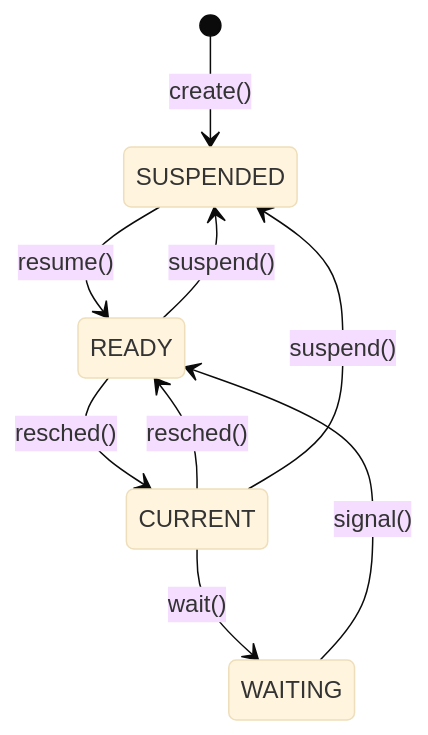
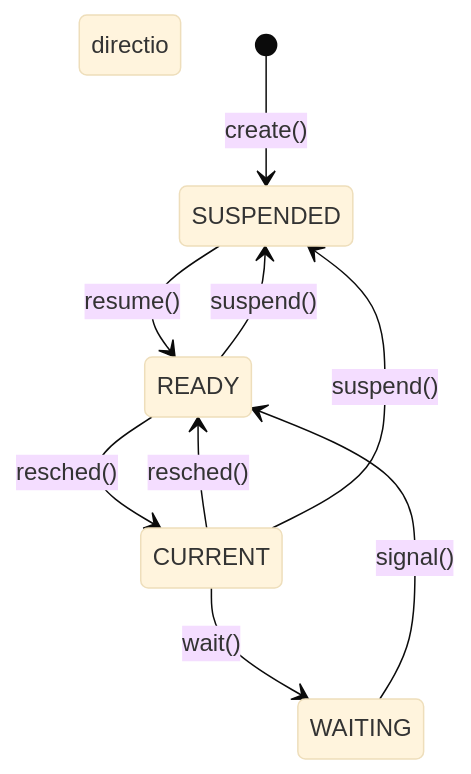
One commit to radioxeth/cis-657-principles-of-operating-systems changed the fourth of 4 diagrams in week4/README.md. Above: the diagram before and after it, drawn with Mermaid (base theme). The commit also changed other lines of this file and 4 other files, not shown here.

````diff
--- a/week4/README.md
+++ b/week4/README.md
@@ -776,11 +776,12 @@
 ```mermaid
 stateDiagram-v2
+	directio
 	[*] --> SUSPENDED: create()
 	SUSPENDED --> READY: resume()
     READY --> CURRENT:resched()
 	WAITING --> READY:signal()
     CURRENT --> READY:resched()
 	READY --> SUSPENDED: suspend()
 	CURRENT --> WAITING:wait()
     CURRENT --> SUSPENDED:suspend()
 ```
````
